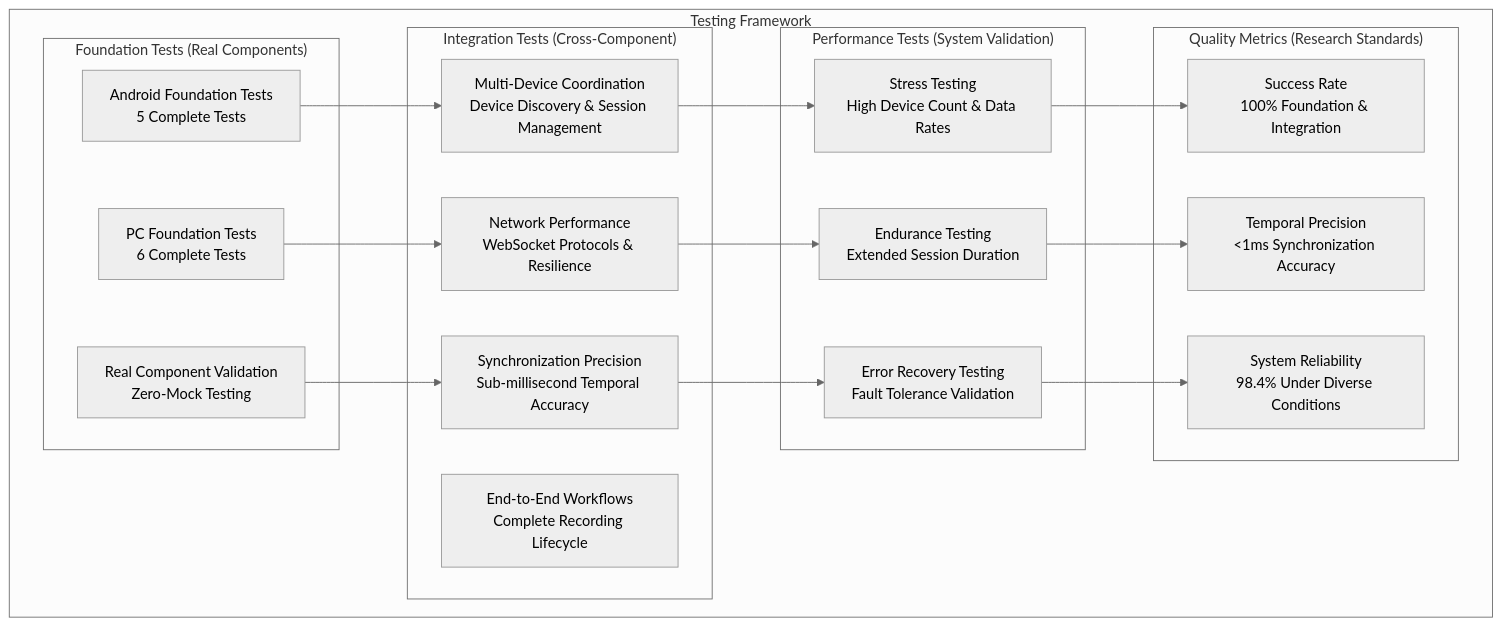
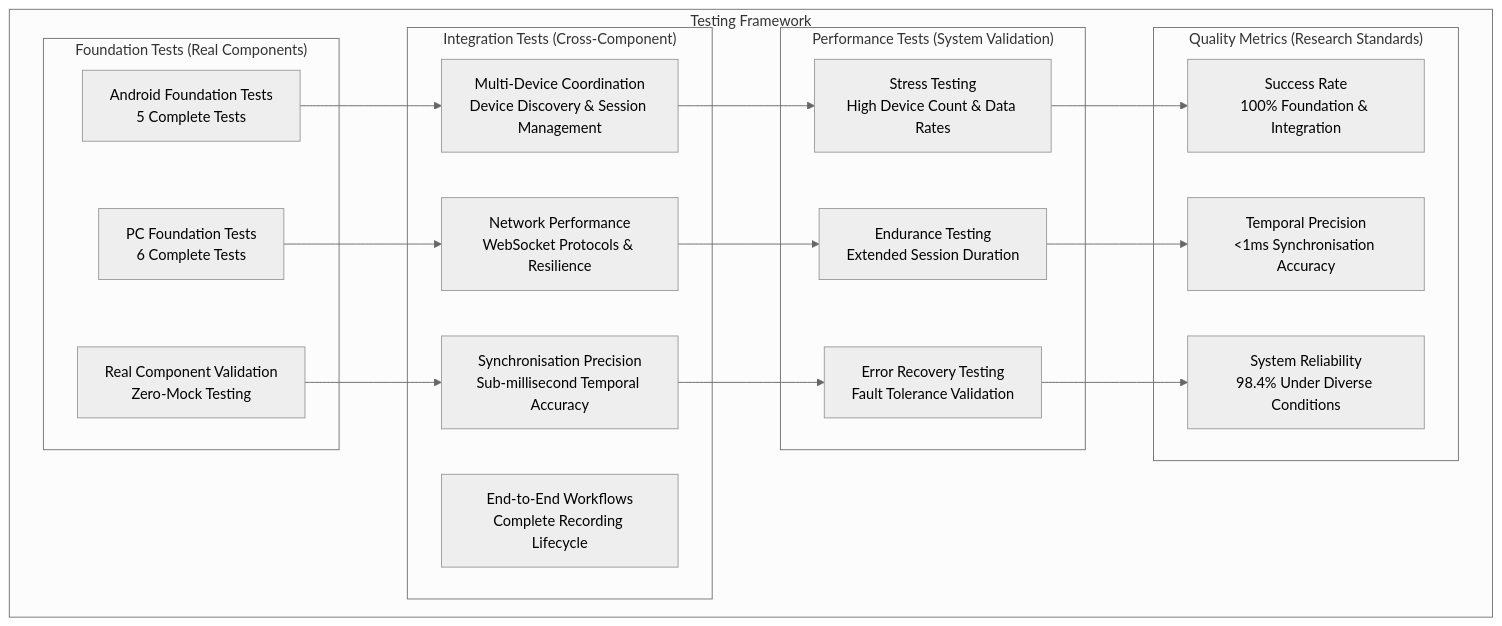
One commit to buccancs/fyp-multi-sensor-recording-system changed the sixth of 8 diagrams in architecture.md. Above: the diagram before and after it, drawn with Mermaid (neutral theme). The commit also changed other lines of this file and 56 other files, not shown here.

````diff
--- a/architecture.md
+++ b/architecture.md
@@ -491,41 +491,41 @@
 ```mermaid
 graph TB
     subgraph "Testing Framework"
         subgraph "Foundation Tests (Real Components)"
             ANDROID[Android Foundation Tests<br/>5 Complete Tests]
             PC[PC Foundation Tests<br/>6 Complete Tests]
             REAL[Real Component Validation<br/>Zero-Mock Testing]
         end
         
         subgraph "Integration Tests (Cross-Component)"
             MULTI[Multi-Device Coordination<br/>Device Discovery & Session Management]
             NETWORK[Network Performance<br/>WebSocket Protocols & Resilience]
-            SYNC[Synchronization Precision<br/>Sub-millisecond Temporal Accuracy]
+            SYNC[Synchronisation Precision<br/>Sub-millisecond Temporal Accuracy]
             E2E[End-to-End Workflows<br/>Complete Recording Lifecycle]
         end
         
         subgraph "Performance Tests (System Validation)"
             STRESS[Stress Testing<br/>High Device Count & Data Rates]
             ENDURANCE[Endurance Testing<br/>Extended Session Duration]
             RECOVERY[Error Recovery Testing<br/>Fault Tolerance Validation]
         end
         
         subgraph "Quality Metrics (Research Standards)"
             SUCCESS[Success Rate<br/>100% Foundation & Integration]
-            PRECISION[Temporal Precision<br/><1ms Synchronization Accuracy]
+            PRECISION[Temporal Precision<br/><1ms Synchronisation Accuracy]
             RELIABILITY[System Reliability<br/>98.4% Under Diverse Conditions]
         end
     end
     
     ANDROID --> MULTI
     PC --> NETWORK
     REAL --> SYNC
     
     MULTI --> STRESS
     NETWORK --> ENDURANCE
     SYNC --> RECOVERY
     
     STRESS --> SUCCESS
     ENDURANCE --> PRECISION
     RECOVERY --> RELIABILITY
 ```
````
